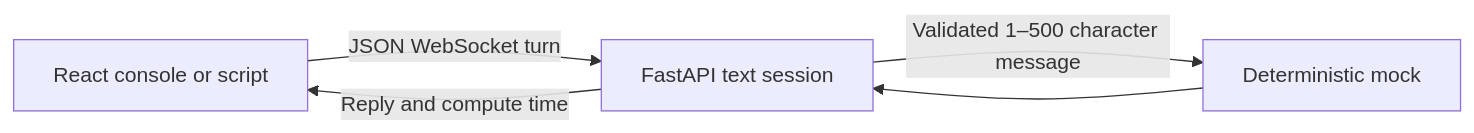
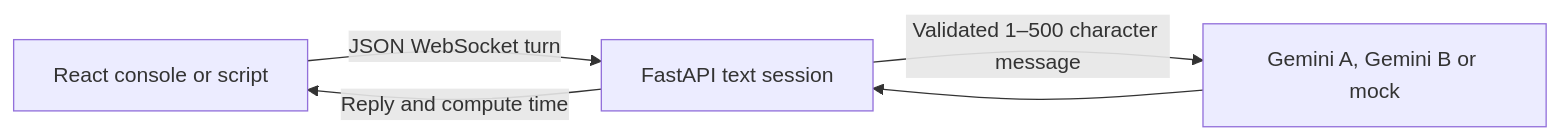
The first of 5 diagrams in docs/ARCHITECTURE.md (UJJWAL16895/FortivexAI), drawn with Mermaid before and after one commit. The commit also changed other lines of this file and 31 other files, not shown here.

````diff
--- a/docs/ARCHITECTURE.md
+++ b/docs/ARCHITECTURE.md
@@ -5,7 +5,7 @@
 ```mermaid
 flowchart LR
     UI["React console or script"] -->|"JSON WebSocket turn"| API["FastAPI text session"]
-    API -->|"Validated 1–500 character message"| MOCK["Deterministic mock"]
+    API -->|"Validated 1–500 character message"| MOCK["Gemini A, Gemini B or mock"]
     MOCK --> API
     API -->|"Reply and compute time"| UI
 ```
````
